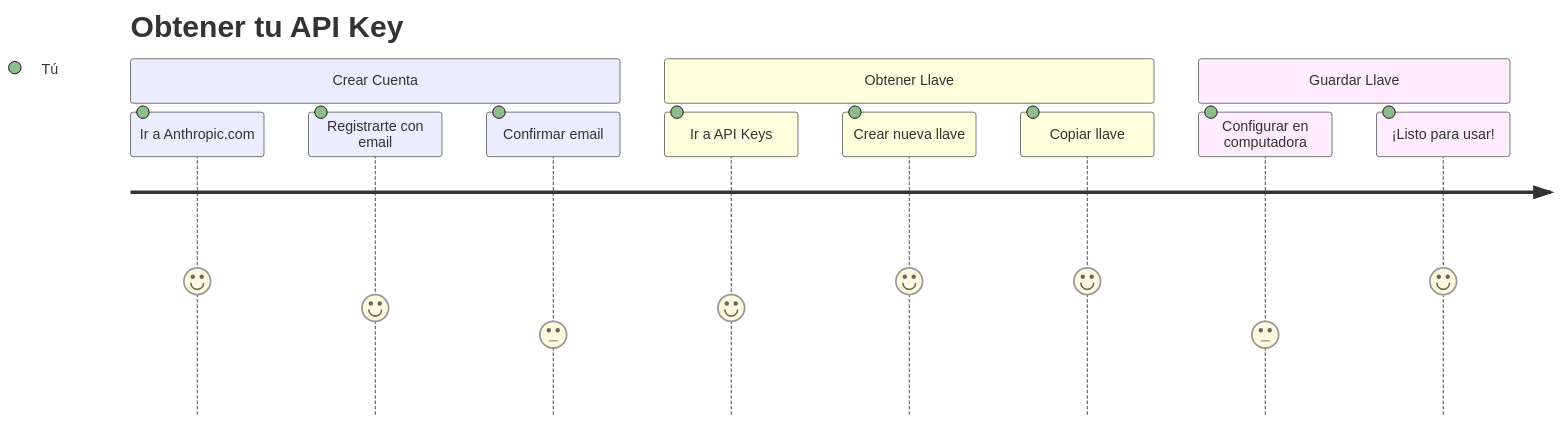
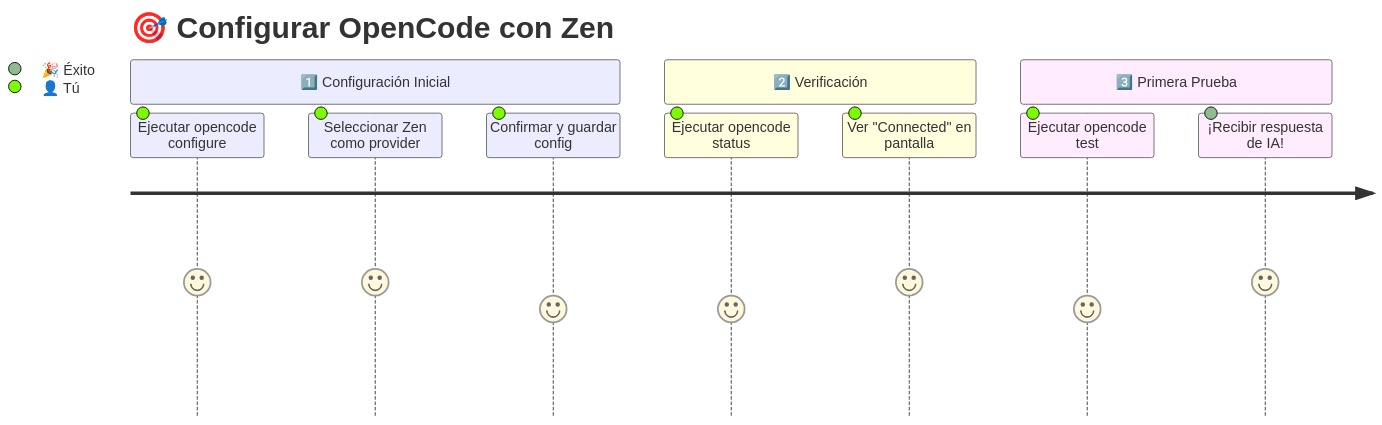
Before and after one commit to Ai-Whisperers/Courses-Content: the sixth of 12 diagrams in courses/🟡-development/FPUNA-2026/00-FUNDAMENTOS-PRINCIPALES/01-configuracion-stack-ia.md, drawn with Mermaid. The commit also changed other lines of this file, not shown here.

First line of the commit message:
Replace Claude/Anthropic with OpenCode+Zen and improve all Mermaid diagrams

````diff
--- a/courses/🟡-development/FPUNA-2026/00-FUNDAMENTOS-PRINCIPALES/01-configuracion-stack-ia.md
+++ b/courses/🟡-development/FPUNA-2026/00-FUNDAMENTOS-PRINCIPALES/01-configuracion-stack-ia.md
@@ -272,15 +285,14 @@
 ```mermaid
 journey
-    title Obtener tu API Key
-    section Crear Cuenta
-      Ir a Anthropic.com: 5: Tú
-      Registrarte con email: 4: Tú
-      Confirmar email: 3: Tú
-    section Obtener Llave
-      Ir a API Keys: 4: Tú
-      Crear nueva llave: 5: Tú
-      Copiar llave: 5: Tú
-    section Guardar Llave
-      Configurar en computadora: 3: Tú
-      ¡Listo para usar!: 5: Tú
+    title 🎯 Configurar OpenCode con Zen
+    section 1️⃣ Configuración Inicial
+      Ejecutar opencode configure: 5: 👤 Tú
+      Seleccionar Zen como provider: 5: 👤 Tú
+      Confirmar y guardar config: 4: 👤 Tú
+    section 2️⃣ Verificación
+      Ejecutar opencode status: 4: 👤 Tú
+      Ver "Connected" en pantalla: 5: 👤 Tú
+    section 3️⃣ Primera Prueba
+      Ejecutar opencode test: 4: 👤 Tú
+      ¡Recibir respuesta de IA!: 5: 🎉 Éxito
 ```
````
